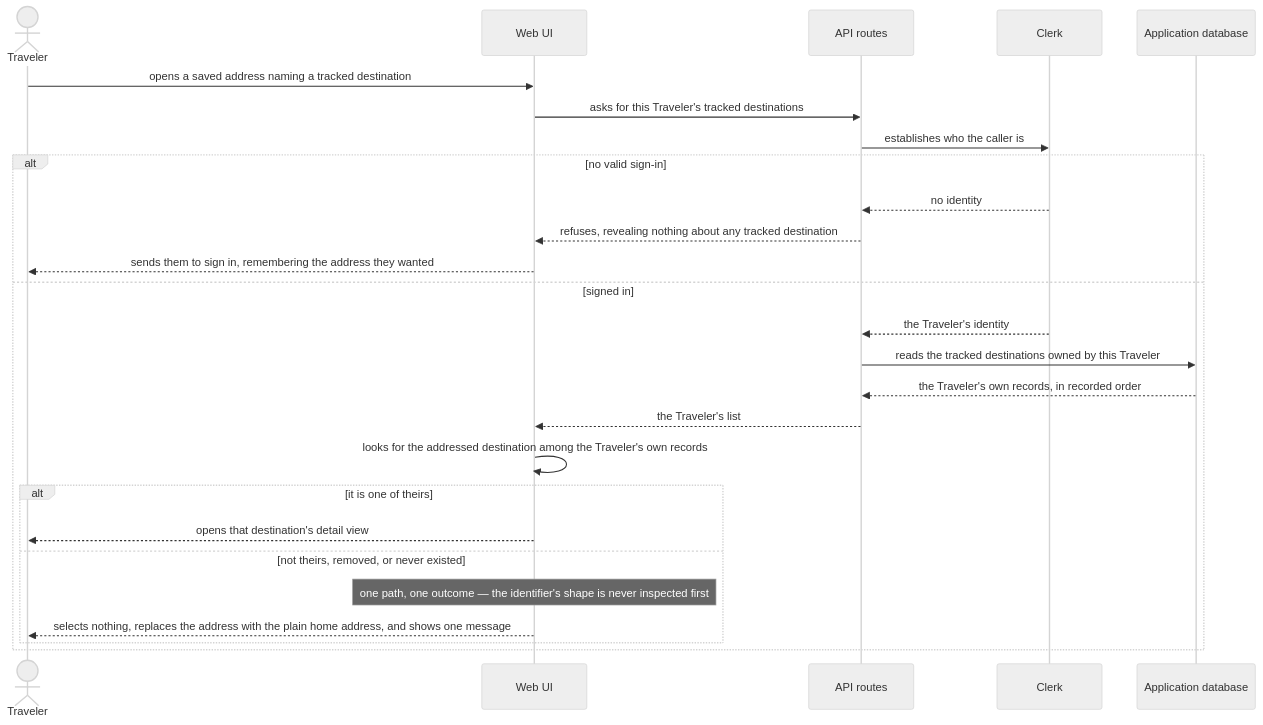
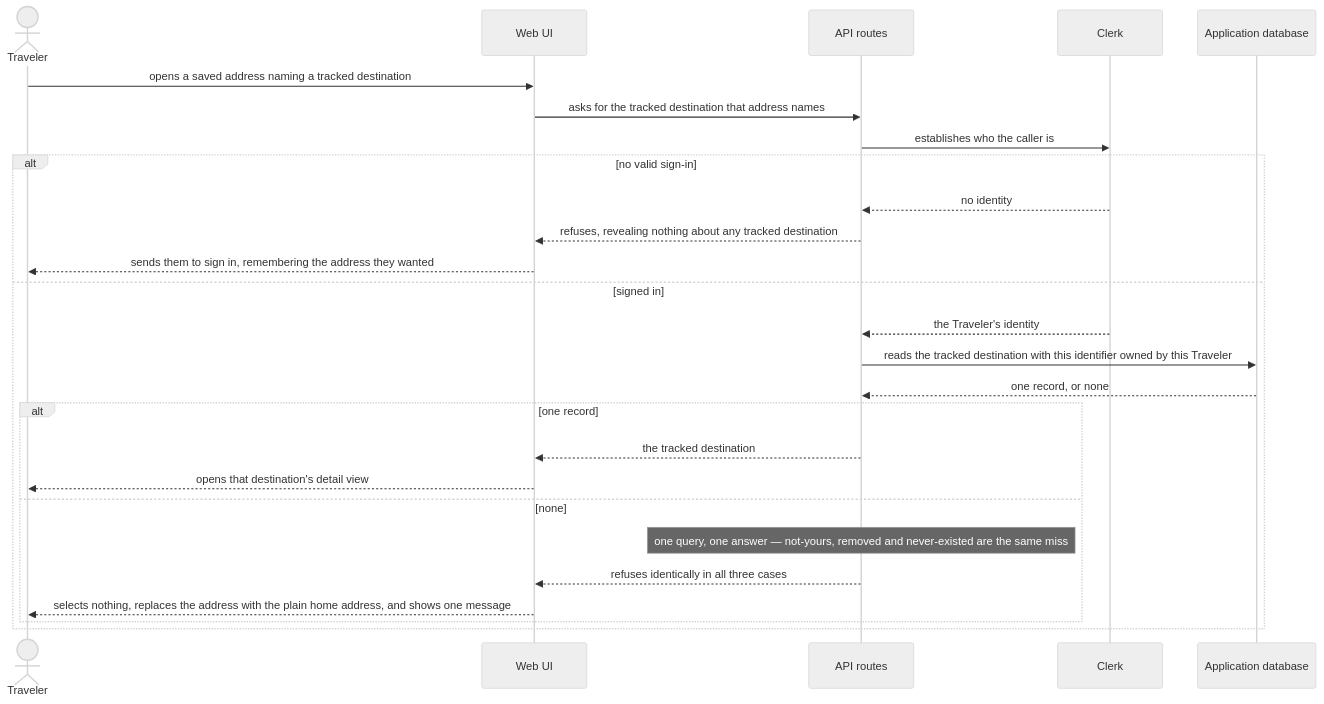
One commit to AntonSkybytskyi/daysleft changed the fourth of 4 diagrams in docs/features/dashboard-countries-list/sad.md. Above: the diagram before and after it, drawn with Mermaid (neutral theme). The commit also changed other lines of this file and 2 other files, not shown here.

First line of the commit message:
design: dashboard-countries-list finalization (critic pass)

````diff
--- a/docs/features/dashboard-countries-list/sad.md
+++ b/docs/features/dashboard-countries-list/sad.md
@@ -231,29 +243,29 @@
 ```mermaid
 sequenceDiagram
     actor Traveler
     participant Web as Web UI
     participant Api as API routes
     participant Clerk
     participant Db as Application database
 
     Traveler->>Web: opens a saved address naming a tracked destination
-    Web->>Api: asks for this Traveler's tracked destinations
+    Web->>Api: asks for the tracked destination that address names
     Api->>Clerk: establishes who the caller is
     alt no valid sign-in
         Clerk-->>Api: no identity
         Api-->>Web: refuses, revealing nothing about any tracked destination
         Web-->>Traveler: sends them to sign in, remembering the address they wanted
     else signed in
         Clerk-->>Api: the Traveler's identity
-        Api->>Db: reads the tracked destinations owned by this Traveler
-        Db-->>Api: the Traveler's own records, in recorded order
-        Api-->>Web: the Traveler's list
-        Web->>Web: looks for the addressed destination among the Traveler's own records
-        alt it is one of theirs
+        Api->>Db: reads the tracked destination with this identifier owned by this Traveler
+        Db-->>Api: one record, or none
+        alt one record
+            Api-->>Web: the tracked destination
             Web-->>Traveler: opens that destination's detail view
-        else not theirs, removed, or never existed
-            Note over Web: one path, one outcome — the identifier's shape is never inspected first
+        else none
+            Note over Api: one query, one answer — not-yours, removed and never-existed are the same miss
+            Api-->>Web: refuses identically in all three cases
             Web-->>Traveler: selects nothing, replaces the address with the plain home address, and shows one message
         end
     end
 ```
````
